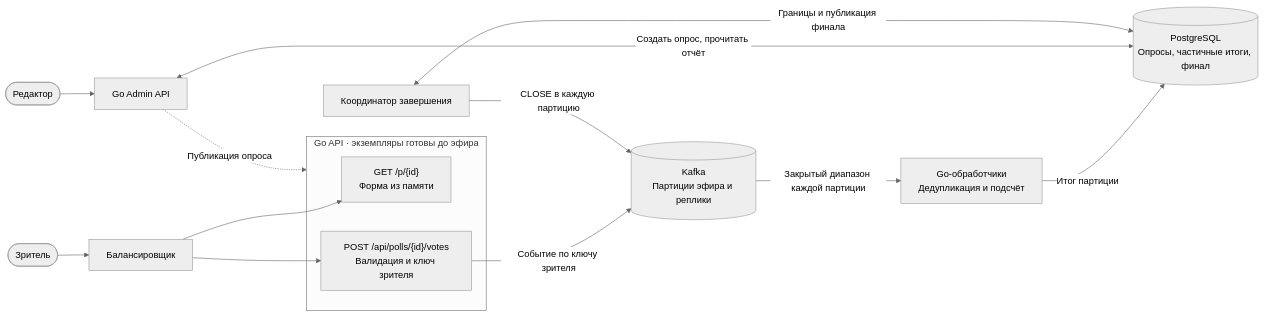
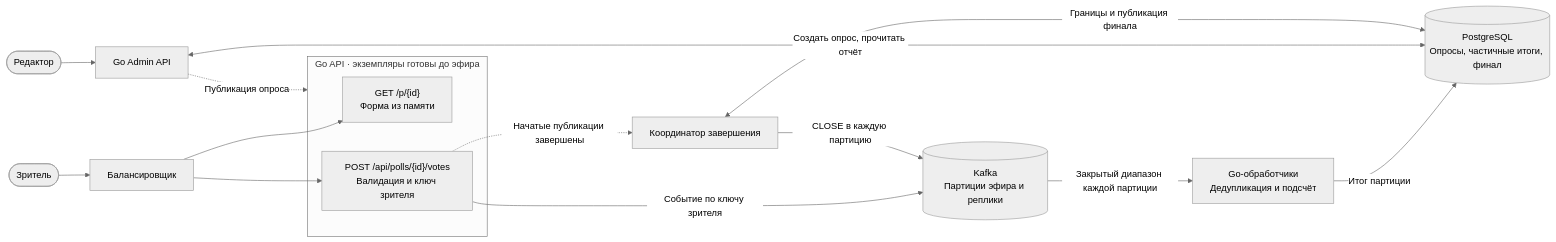
The diagram in DESIGN.md (rococo4/televote), drawn with Mermaid (neutral theme) before and after one commit. The commit also changed other lines of this file and 3 other files, not shown here.

````diff
--- a/DESIGN.md
+++ b/DESIGN.md
@@ -28,18 +28,19 @@
 ```mermaid
 flowchart LR
     viewer(["Зритель"]) --> lb["Балансировщик"]
     subgraph api["Go API · экземпляры готовы до эфира"]
         get["GET /p/{id}<br/>Форма из памяти"]
         post["POST /api/polls/{id}/votes<br/>Валидация и ключ зрителя"]
     end
     lb --> get
     lb --> post
     post -->|"Событие по ключу зрителя"| log[("Kafka<br/>Партиции эфира и реплики")]
     log -->|"Закрытый диапазон каждой партиции"| workers["Go-обработчики<br/>Дедупликация и подсчёт"]
     workers -->|"Итог партиции"| sql[("PostgreSQL<br/>Опросы, частичные итоги, финал")]
     editor(["Редактор"]) --> admin["Go Admin API"]
     admin <-->|"Создать опрос, прочитать отчёт"| sql
     admin -.->|"Публикация опроса"| api
-    close["Координатор завершения"] -->|"CLOSE в каждую партицию"| log
+    post -.->|"Начатые публикации завершены"| close["Координатор завершения"]
+    close -->|"CLOSE в каждую партицию"| log
     close <-->|"Границы и публикация финала"| sql
 ```
````
